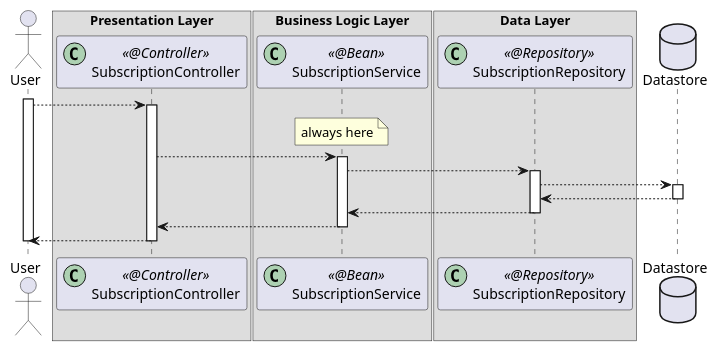
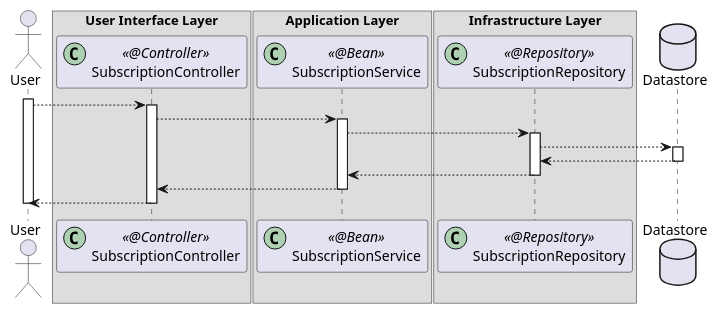
One commit to abchau/architecture-by-examples changed the diagram in layered-ddd-1/docs/diagrams/sequence.puml. Above: the diagram before and after it, drawn with PlantUML. The commit also changed 245 other files, not shown here.

```diff
--- a/layered-ddd-1/docs/diagrams/sequence.puml
+++ b/layered-ddd-1/docs/diagrams/sequence.puml
@@ -1,45 +1,45 @@
 @startuml
 
 actor User
-box Presentation Layer
+box User Interface Layer
 participant SubscriptionController << (C,#ADD1B2) @Controller >>
 end box
-box Business Logic Layer
+box Application Layer
 participant SubscriptionService << (C,#ADD1B2) @Bean >>
 end box
-box Data Layer
+box Domain Layer
+end box
+box Infrastructure Layer
 participant SubscriptionRepository << (C,#ADD1B2) @Repository >>
 end box
 database Datastore
 
 activate User
 
 User --> SubscriptionController
 activate SubscriptionController
-
-note over SubscriptionService: always here
 
 SubscriptionController --> SubscriptionService
 activate SubscriptionService
 
 SubscriptionService --> SubscriptionRepository
 activate SubscriptionRepository
 
 SubscriptionRepository --> Datastore
 activate Datastore
 
 Datastore --> SubscriptionRepository
 deactivate Datastore
 
 SubscriptionRepository --> SubscriptionService
 deactivate SubscriptionRepository
 
 SubscriptionService --> SubscriptionController
 deactivate SubscriptionService
 
 SubscriptionController --> User
 deactivate SubscriptionController
 
 deactivate User
 
 @enduml
```
